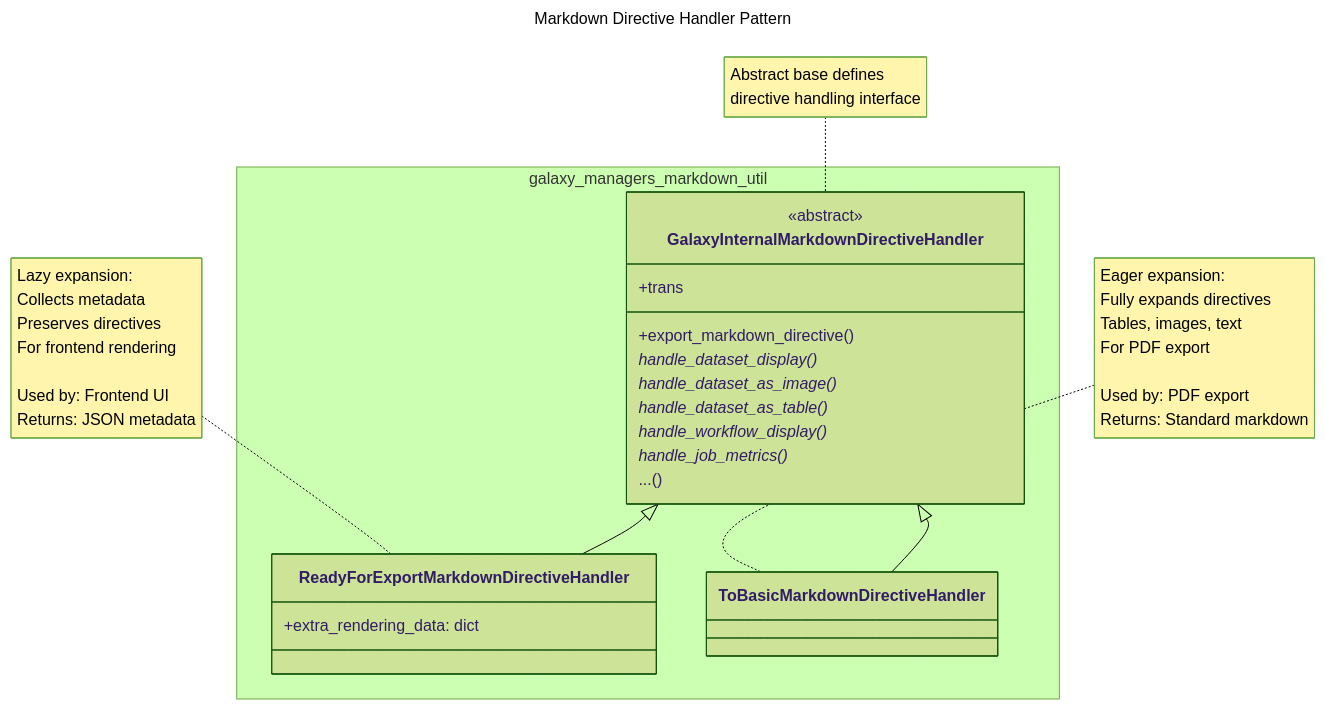
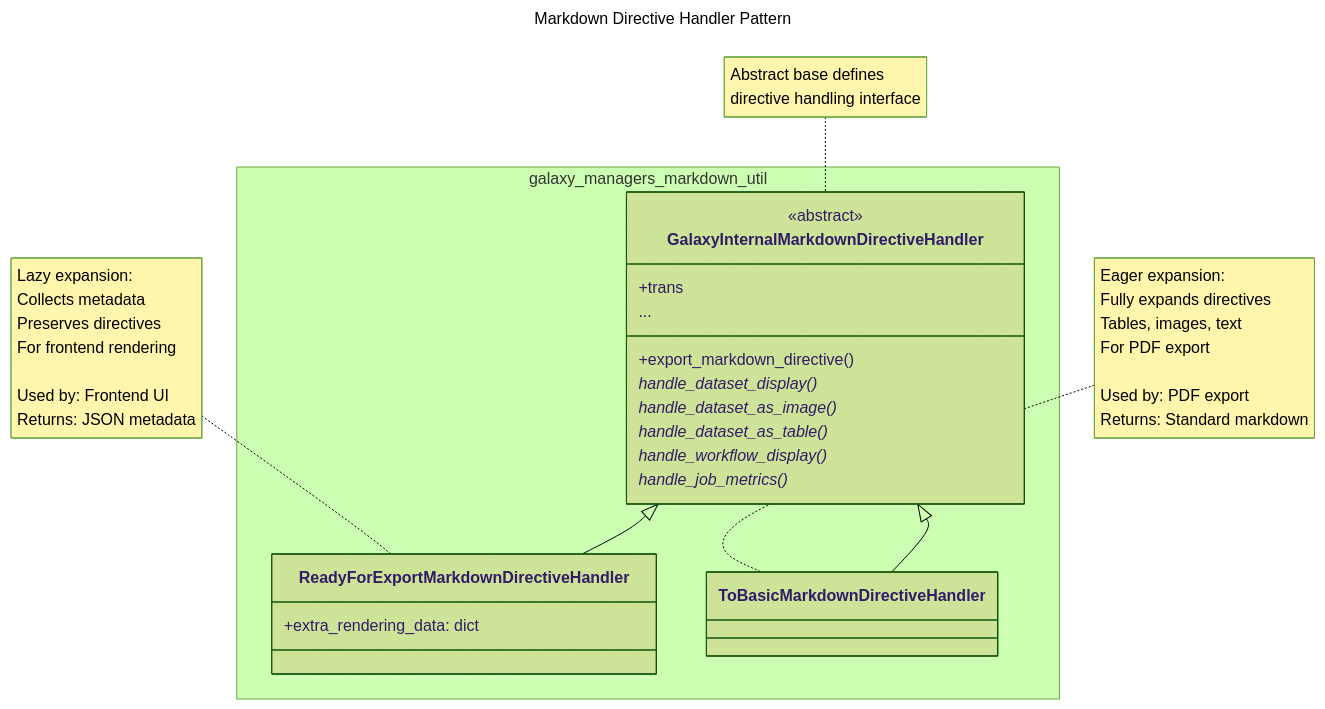
Before and after one commit to jmchilton/galaxy-architecture: the diagram in images/markdown_handler_pattern.mmd, drawn with Mermaid (forest theme). The commit also changed 3 other files, not shown here.

Commit message:
Address review: README Mermaid claims, Makefile ordering, handler ellipsis

```diff
--- a/images/markdown_handler_pattern.mmd
+++ b/images/markdown_handler_pattern.mmd
@@ -1,29 +1,29 @@
 ---
 title: Markdown Directive Handler Pattern
 ---
 classDiagram
     namespace galaxy_managers_markdown_util {
         class GalaxyInternalMarkdownDirectiveHandler {
             <<abstract>>
             +trans
             +export_markdown_directive()
             handle_dataset_display()*
             handle_dataset_as_image()*
             handle_dataset_as_table()*
             handle_workflow_display()*
             handle_job_metrics()*
-            ...()
+            ...
         }
         class ReadyForExportMarkdownDirectiveHandler {
             +extra_rendering_data: dict
         }
         class ToBasicMarkdownDirectiveHandler
     }
 
 
     note for GalaxyInternalMarkdownDirectiveHandler "Abstract base defines<br>directive handling interface"
     note for ReadyForExportMarkdownDirectiveHandler "Lazy expansion:<br>Collects metadata<br>Preserves directives<br>For frontend rendering<br><br>Used by: Frontend UI<br>Returns: JSON metadata"
     note for ToBasicMarkdownDirectiveHandler "Eager expansion:<br>Fully expands directives<br>Tables, images, text<br>For PDF export<br><br>Used by: PDF export<br>Returns: Standard markdown"
 
     GalaxyInternalMarkdownDirectiveHandler <|-- ReadyForExportMarkdownDirectiveHandler
     GalaxyInternalMarkdownDirectiveHandler <|-- ToBasicMarkdownDirectiveHandler
```
